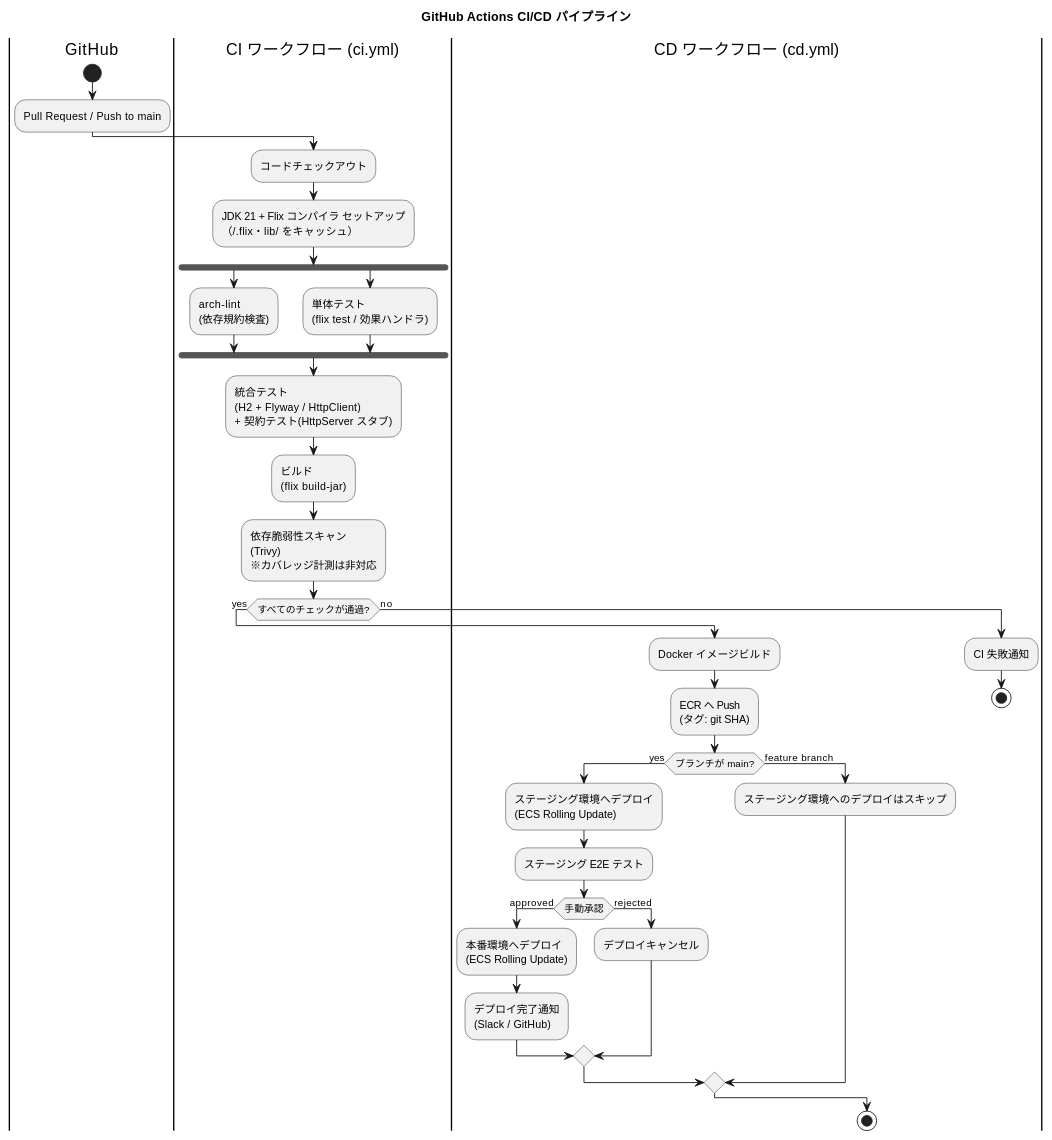
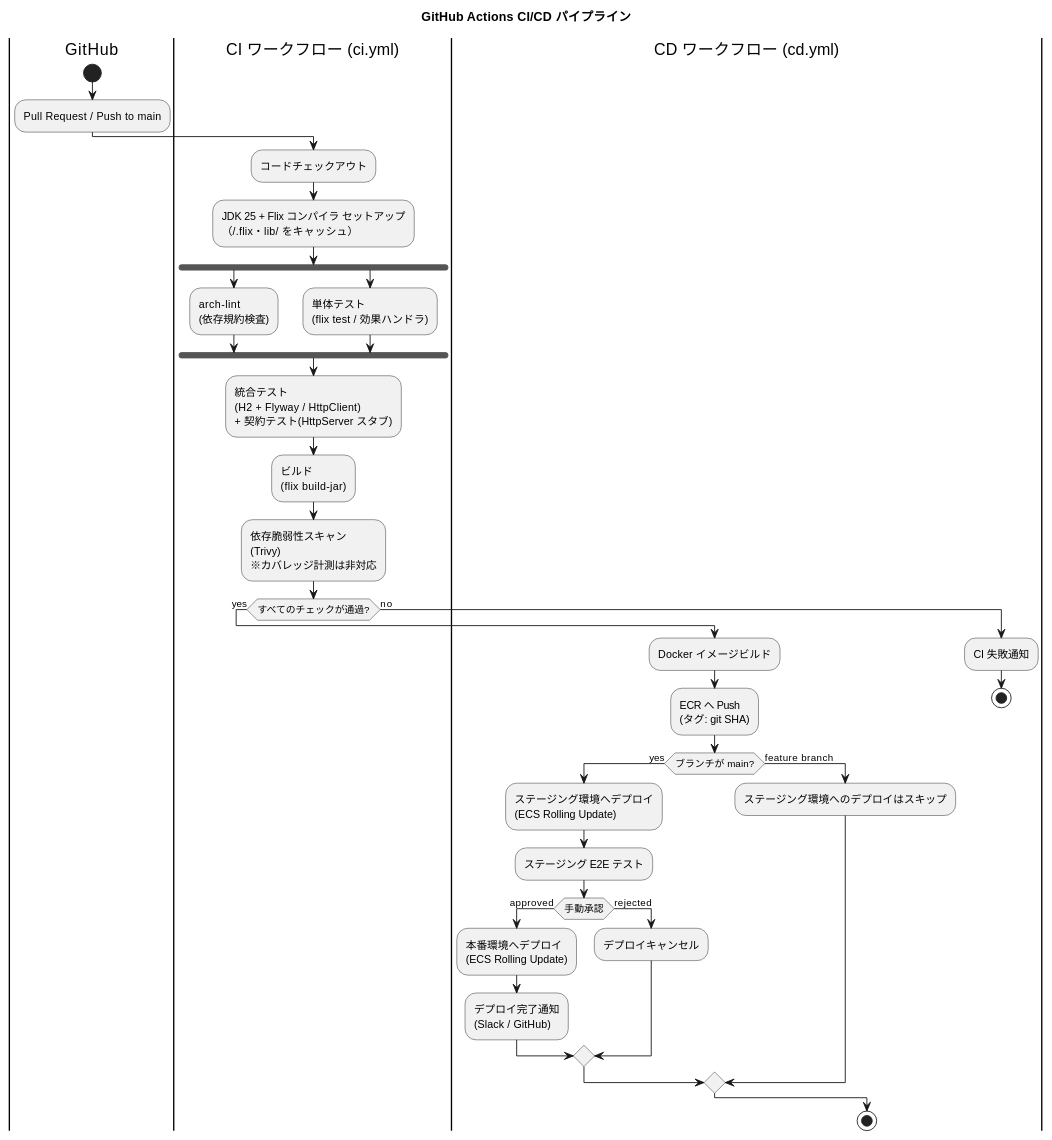
The fifth of 8 diagrams in docs/design/architecture_infrastructure.md (k2works/case-study-cargo-tracker), drawn with PlantUML before and after one commit. The commit also changed other lines of this file and 3 other files, not shown here.

````diff
--- a/docs/design/architecture_infrastructure.md
+++ b/docs/design/architecture_infrastructure.md
@@ -242,48 +242,48 @@
 ```plantuml
 @startuml
 title GitHub Actions CI/CD パイプライン
 
 |GitHub|
 start
 :Pull Request / Push to main;
 
 |CI ワークフロー (ci.yml)|
 :コードチェックアウト;
-:JDK 21 + Flix コンパイラ セットアップ
+:JDK 25 + Flix コンパイラ セットアップ
 （~/.flix・lib/ をキャッシュ）;
 fork
   :arch-lint\n(依存規約検査);
 fork again
   :単体テスト\n(flix test / 効果ハンドラ);
 end fork
 :統合テスト\n(H2 + Flyway / HttpClient)\n+ 契約テスト(HttpServer スタブ);
 :ビルド\n(flix build-jar);
 :依存脆弱性スキャン\n(Trivy)\n※カバレッジ計測は非対応;
 
 if (すべてのチェックが通過?) then (yes)
   |CD ワークフロー (cd.yml)|
   :Docker イメージビルド;
   :ECR へ Push\n(タグ: git SHA);
   
   if (ブランチが main?) then (yes)
     :ステージング環境へデプロイ\n(ECS Rolling Update);
     :ステージング E2E テスト;
     
     if (手動承認) then (approved)
       :本番環境へデプロイ\n(ECS Rolling Update);
       :デプロイ完了通知\n(Slack / GitHub);
     else (rejected)
       :デプロイキャンセル;
     endif
   else (feature branch)
     :ステージング環境へのデプロイはスキップ;
   endif
 else (no)
   :CI 失敗通知;
   stop
 endif
 
 stop
 
 @enduml
 ```
````
